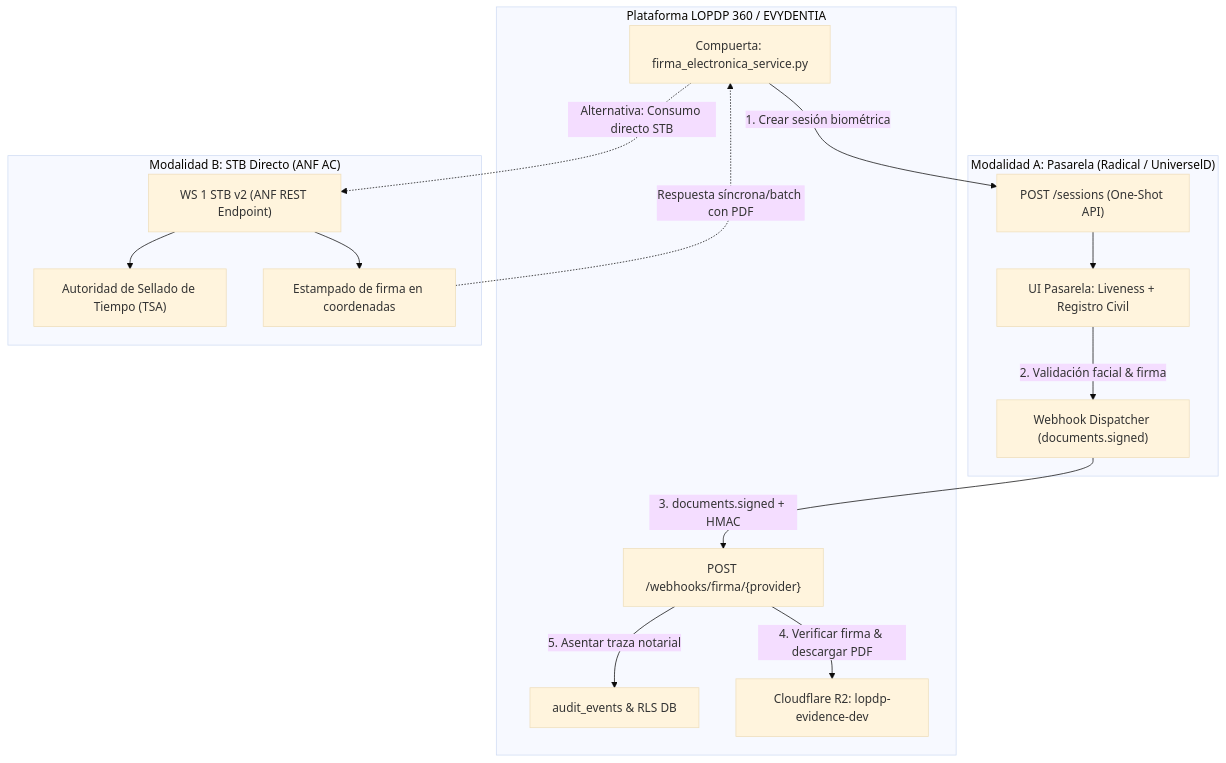
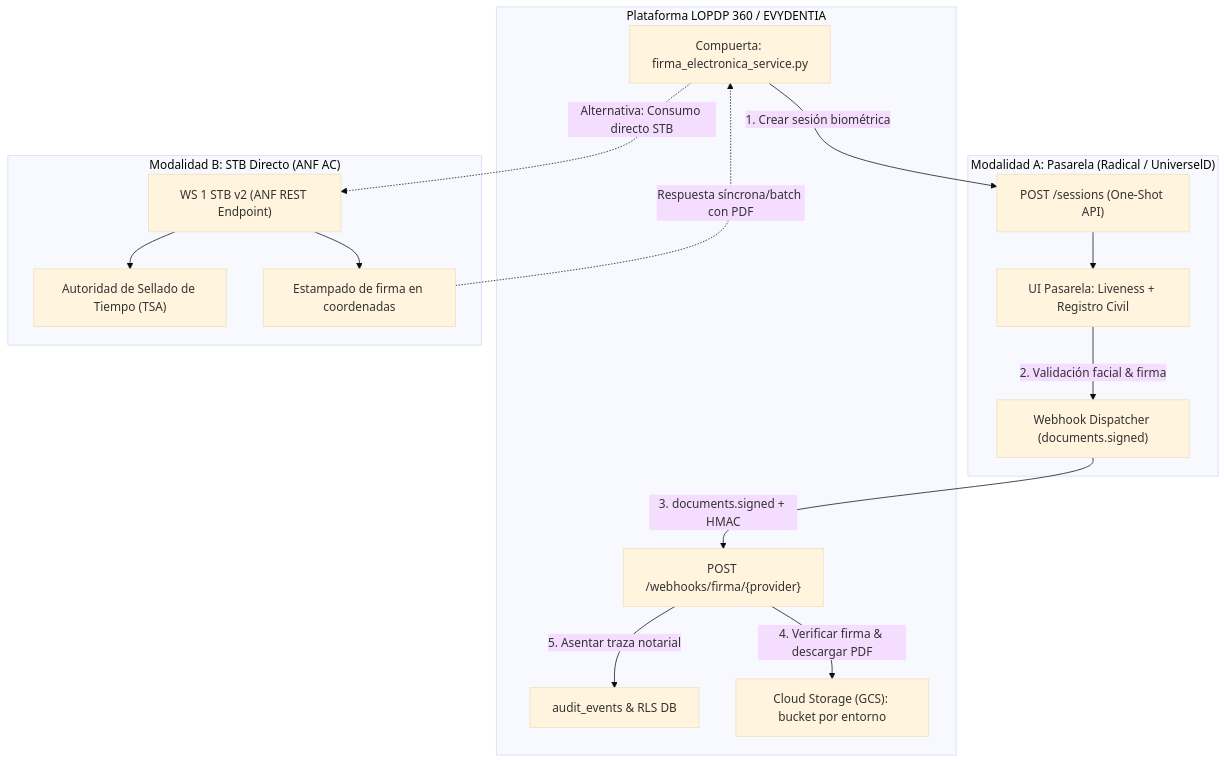
Before and after one commit to jucaprosi/data-privacy-compliance-lopdp: the diagram in governance/arquitectura/FIRMA_ELECTRONICA_BOCETO.md, drawn with Mermaid (base theme). The commit also changed other lines of this file and 256 other files, not shown here.

````diff
--- a/governance/arquitectura/FIRMA_ELECTRONICA_BOCETO.md
+++ b/governance/arquitectura/FIRMA_ELECTRONICA_BOCETO.md
@@ -75,33 +75,33 @@
 ```mermaid
 flowchart TD
     subgraph LOPDP_360["Plataforma LOPDP 360 / EVYDENTIA"]
         Comp["Compuerta: firma_electronica_service.py"]
         Webhook["POST /webhooks/firma/{provider}"]
         Audit["audit_events & RLS DB"]
-        Storage["Cloudflare R2: lopdp-evidence-dev"]
+        Storage["Cloud Storage (GCS): bucket por entorno"]
     end
 
     subgraph Modalidad_A["Modalidad A: Pasarela (Radical / UniverselD)"]
         OS_API["POST /sessions (One-Shot API)"]
         UI_Guest["UI Pasarela: Liveness + Registro Civil"]
         WH_Sender["Webhook Dispatcher (documents.signed)"]
     end
 
     subgraph Modalidad_B["Modalidad B: STB Directo (ANF AC)"]
         STB_WS1["WS 1 STB v2 (ANF REST Endpoint)"]
         TSA["Autoridad de Sellado de Tiempo (TSA)"]
         Stamp["Estampado de firma en coordenadas"]
     end
 
     Comp -->|"1. Crear sesión biométrica"| OS_API
     OS_API --> UI_Guest
     UI_Guest -->|"2. Validación facial & firma"| WH_Sender
     WH_Sender -->|"3. documents.signed + HMAC"| Webhook
     Webhook -->|"4. Verificar firma & descargar PDF"| Storage
     Webhook -->|"5. Asentar traza notarial"| Audit
 
     Comp -.->|"Alternativa: Consumo directo STB"| STB_WS1
     STB_WS1 --> TSA
     STB_WS1 --> Stamp
     Stamp -.->|"Respuesta síncrona/batch con PDF"| Comp
 ```
````
